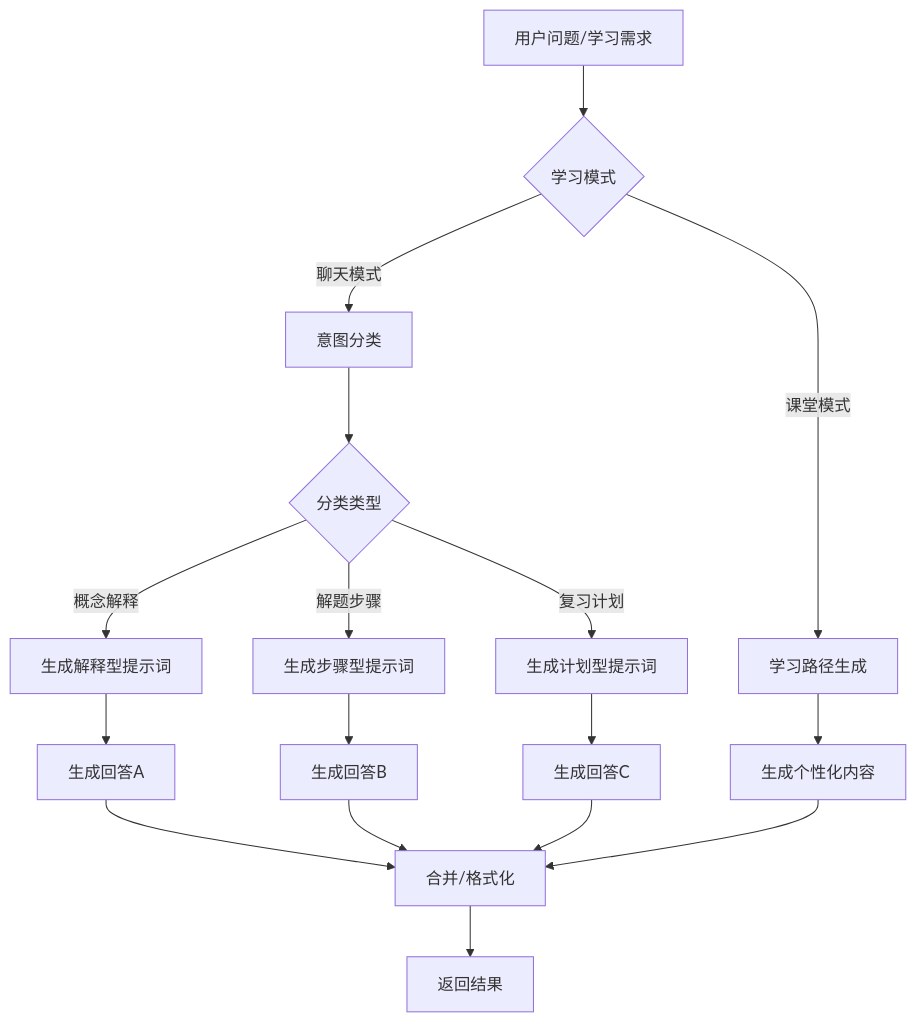
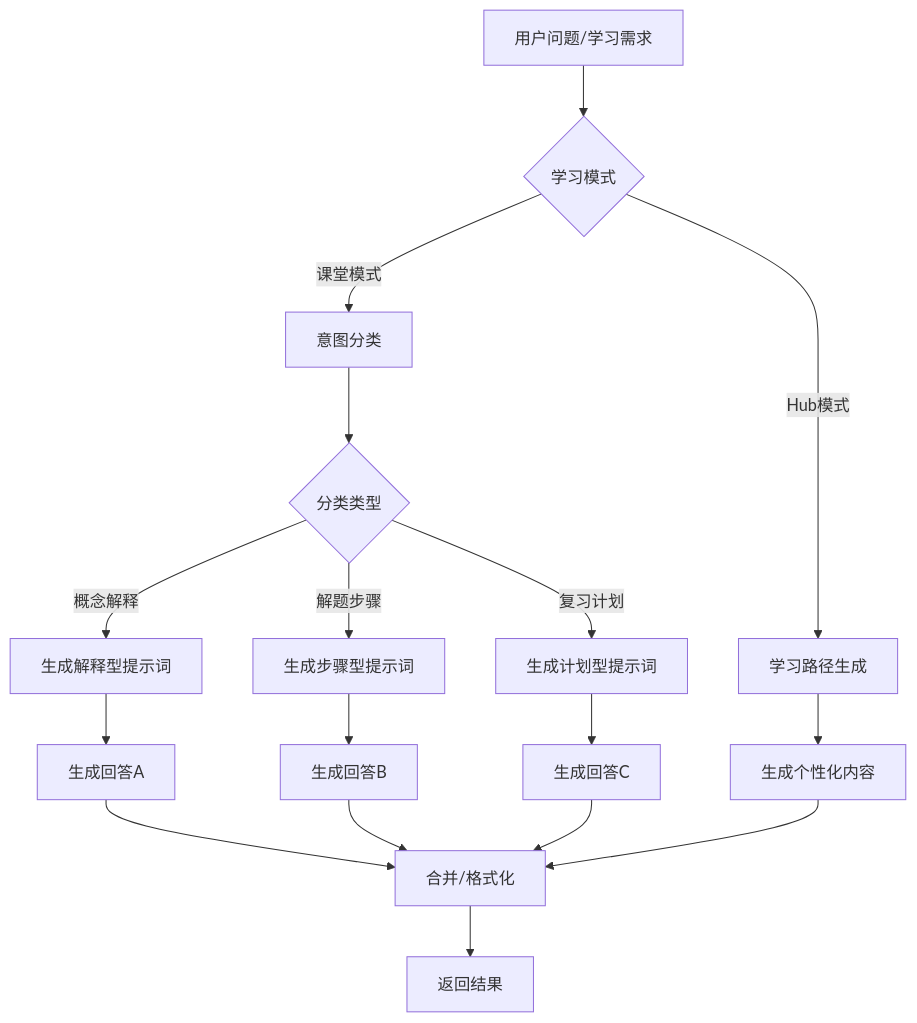
One commit to cwb7756/bio changed the eighth of 15 diagrams in .qoder/repowiki/zh/content/核心功能模块/AI智能助手.md. Above: the diagram before and after it, drawn with Mermaid. The commit also changed other lines of this file and 35 other files, not shown here.

````diff
--- a/.qoder/repowiki/zh/content/核心功能模块/AI智能助手.md
+++ b/.qoder/repowiki/zh/content/核心功能模块/AI智能助手.md
@@ -320,19 +389,19 @@
 ```mermaid
 flowchart TD
 Q["用户问题/学习需求"] --> Mode{"学习模式"}
-Mode --> |聊天模式| Classify["意图分类"]
-Mode --> |课堂模式| PathGen["学习路径生成"]
+Mode --> |课堂模式| Classify["意图分类"]
+Mode --> |Hub模式| PathGen["学习路径生成"]
 Classify --> Type{"分类类型"}
 Type --> |概念解释| PromptA["生成解释型提示词"]
 Type --> |解题步骤| PromptB["生成步骤型提示词"]
 Type --> |复习计划| PromptC["生成计划型提示词"]
 PromptA --> GenA["生成回答A"]
 PromptB --> GenB["生成回答B"]
 PromptC --> GenC["生成回答C"]
 PathGen --> ContentGen["生成个性化内容"]
 GenA --> Merge["合并/格式化"]
 GenB --> Merge
 GenC --> Merge
 ContentGen --> Merge
 Merge --> Out["返回结果"]
 ```
````
